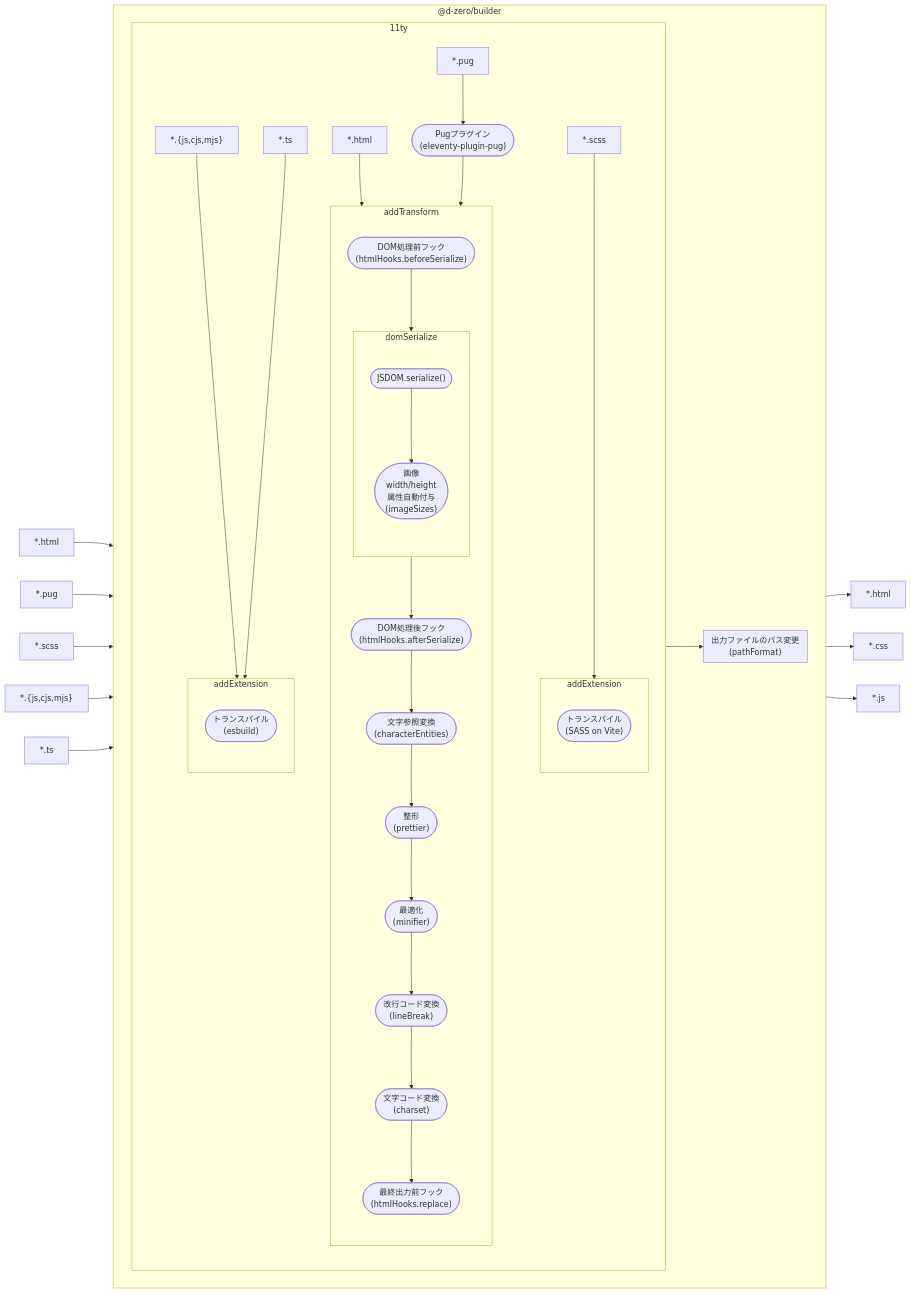
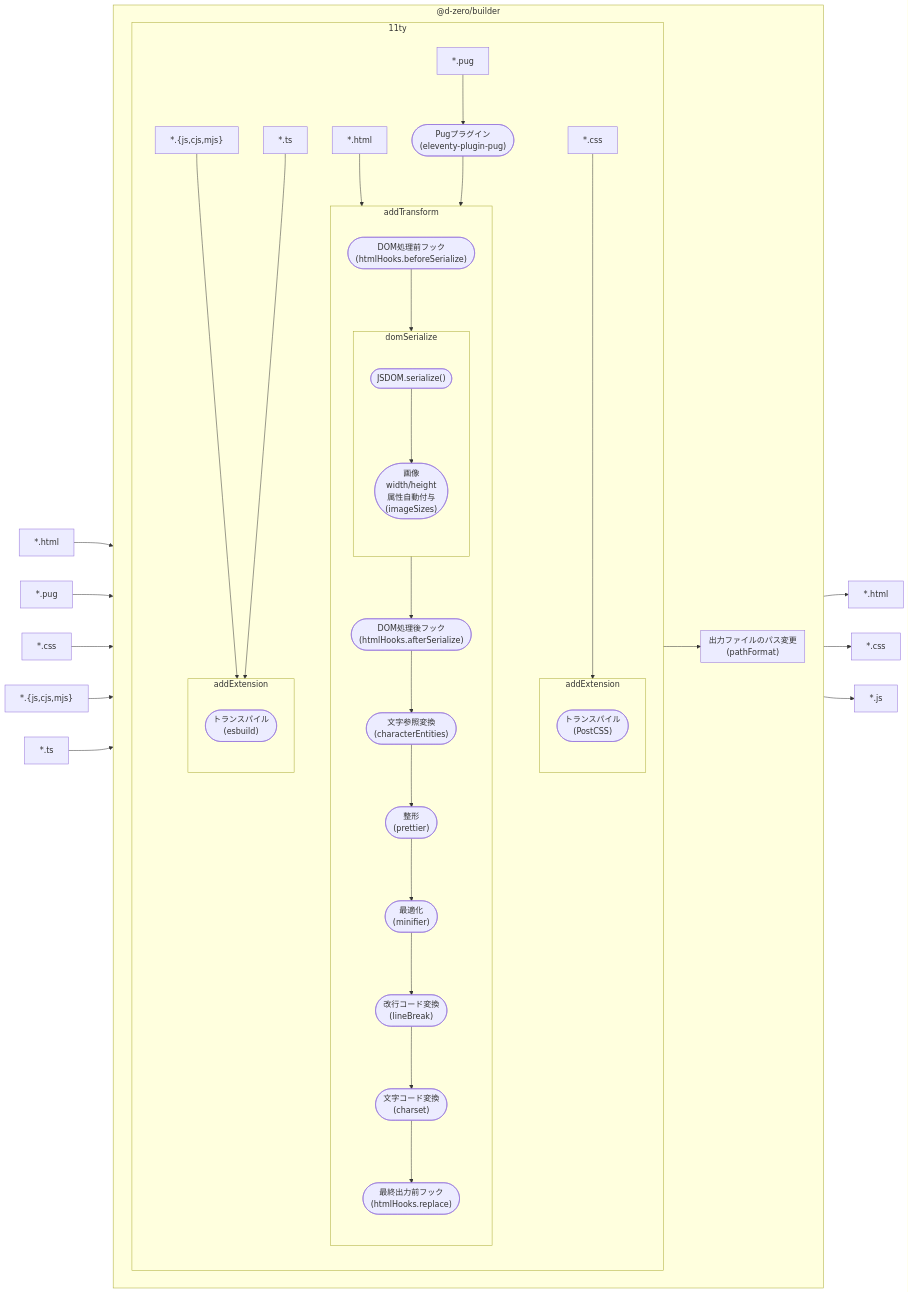
One commit to d-zero-dev/frontend-env changed the diagram in packages/@d-zero/builder/README.md. Above: the diagram before and after it, drawn with Mermaid. The commit also changed other lines of this file, not shown here.

Commit message:
docs(builder): update CSS transpiler from Vite to PostCSS in README
- Replace Vite references with PostCSS for CSS transpilation

- Update flowchart to use CSS instead of SCSS

- Remove Vite from technology stack description

- Update final paragraph to reflect current tech stack

````diff
--- a/packages/@d-zero/builder/README.md
+++ b/packages/@d-zero/builder/README.md
@@ -73,79 +73,79 @@
 ```mermaid
 flowchart LR
 	#inHTML["*.html"]
 	#inPug["*.pug"]
-	#inSCSS["*.scss"]
+	#inCSS["*.css"]
 	#inJS["*.{js,cjs,mjs}"]
 	#inTS["*.ts"]
 	#outHTML["*.html"]
 	#outCSS["*.css"]
 	#outJS["*.js"]
 
 	#inHTML --> #dzBuilder
 	#inPug --> #dzBuilder
-	#inSCSS --> #dzBuilder
+	#inCSS --> #dzBuilder
 	#inJS --> #dzBuilder
 	#inTS --> #dzBuilder
 	#dzBuilder --> #outHTML
 	#dzBuilder --> #outCSS
 	#dzBuilder --> #outJS
 
 	subgraph #dzBuilder["@d-zero/builder"]
 		direction LR
 
 		subgraph #eleventy["11ty"]
 			#html["*.html"]
 			#pug["*.pug"]
-			#scss["*.scss"]
+			#css["*.css"]
 			#js["*.{js,cjs,mjs}"]
 			#ts["*.ts"]
 
 			subgraph #transformHTML["addTransform"]
 				direction TB
 
 				#beforeSerialize(["DOM処理前フック<br>(htmlHooks.beforeSerialize)"])
 				#characterEntities(["文字参照変換<br>(characterEntities)"])
 				#prettier(["整形<br>(prettier)"])
 				#minifier(["最適化<br>(minifier)"])
 				#lineBreak(["改行コード変換<br>(lineBreak)"])
 				#charset(["文字コード変換<br>(charset)"])
 				#afterSerialize(["DOM処理後フック<br>(htmlHooks.afterSerialize)"])
 				#replaceHook(["最終出力前フック<br>(htmlHooks.replace)"])
 
 				subgraph #domSerialize["domSerialize"]
 					direction TB
 
 					#jsdom(["JSDOM.serialize()"])
 					#imageSizes(["画像<br>width/height<br>属性自動付与<br>(imageSizes)"])
 
 					#jsdom --> #imageSizes
 				end
 
 				#beforeSerialize --> #domSerialize --> #afterSerialize --> #characterEntities --> #prettier --> #minifier --> #lineBreak --> #charset --> #replaceHook
 			end
 
 			subgraph #transpileCSS["addExtension"]
 				direction TB
 
-				#vite(["トランスパイル<br>(SASS on Vite)"])
+				#postcss(["トランスパイル<br>(PostCSS)"])
 			end
 
 			subgraph #transpileJS["addExtension"]
 				direction TB
 
 				#esbuild(["トランスパイル<br>(esbuild)"])
 			end
 
 			#html --> #transformHTML
 			#pug --> #eleventy-plugin-pug(["Pugプラグイン<br>(eleventy-plugin-pug)"]) --> #transformHTML
-			#scss --> #transpileCSS
+			#css --> #transpileCSS
 			#js --> #transpileJS
 			#ts --> #transpileJS
 		end
 
 		subgraph #pathFormat["出力ファイルのパス変更<br>(pathFormat)"]
 		end
 
 		#eleventy --> #pathFormat
 	end
 ```
````
